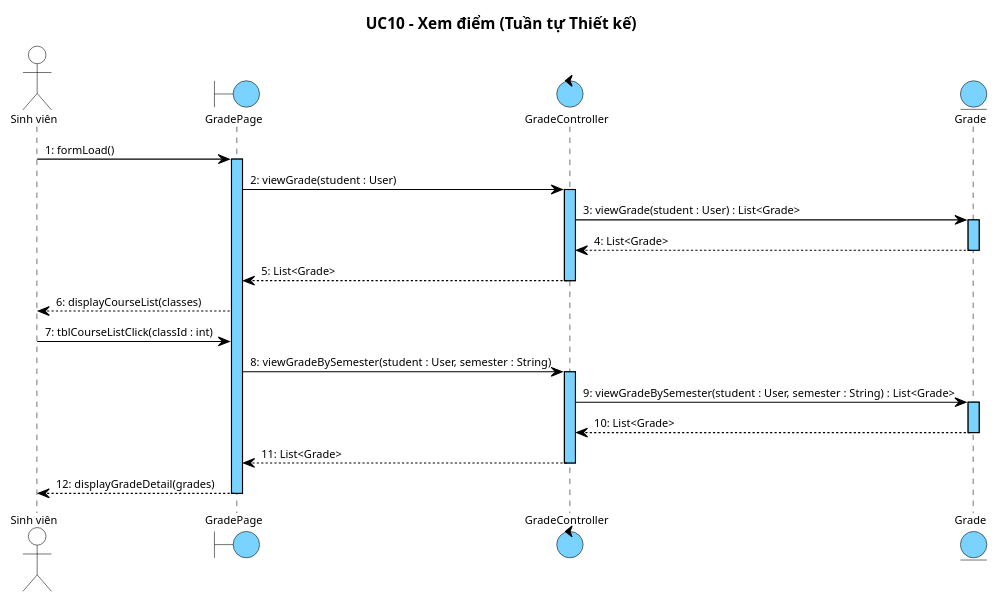
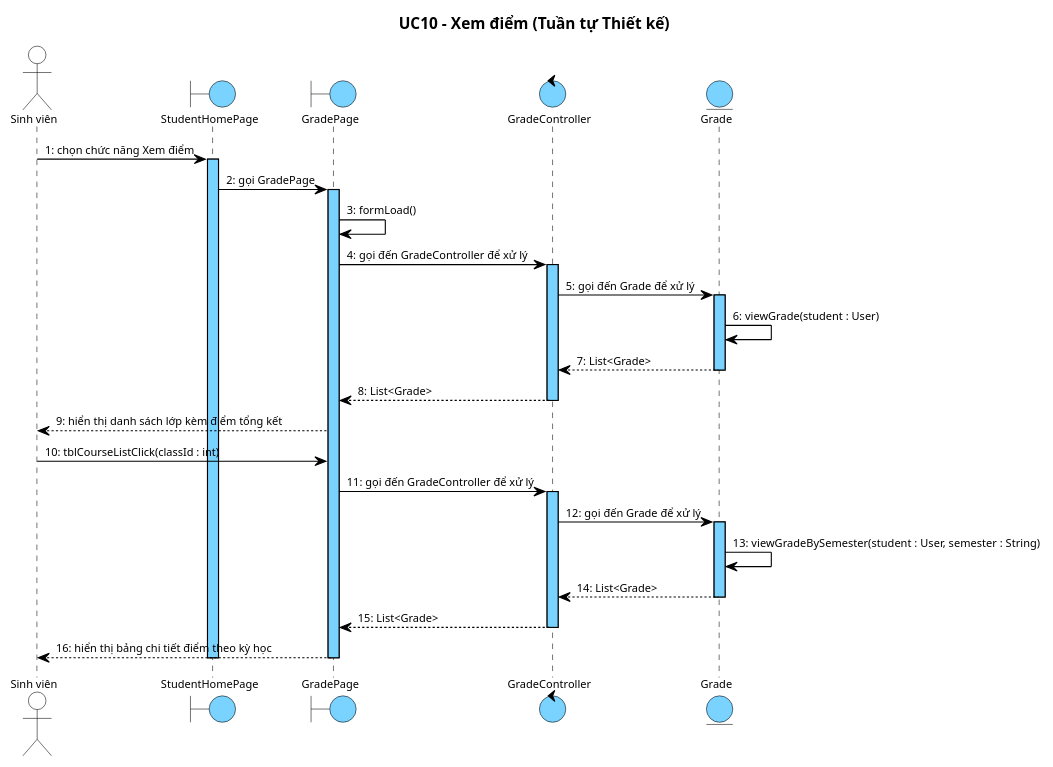
One commit to thanhtrnnn/universe changed diagram 19 of 20 in report/md/module3_attendance_grades.md. Above: the diagram before and after it, drawn with PlantUML. The commit also changed other lines of this file and 1 other file, not shown here.

First line of the commit message:
docs: rewrite II.4 & III.4 sequence diagrams to reference narrative format

````diff
--- a/report/md/module3_attendance_grades.md
+++ b/report/md/module3_attendance_grades.md
@@ -1427,52 +1532,59 @@
 ```plantuml
 @startuml
 skinparam shadowing false
 skinparam SequenceMessageAlign left
 skinparam SequenceLifeLineBackgroundColor #7AD2FF
 skinparam SequenceLifeLineBorderColor #000000
 <style>
 sequenceDiagram {
   Shadowing 0
   RoundCorner 0
   FontName "Arial"
   FontSize 10
   FontColor #000000
   boundary { BackgroundColor #7AD2FF; LineColor #000000 }
   control { BackgroundColor #7AD2FF; LineColor #000000 }
   entity { BackgroundColor #7AD2FF; LineColor #000000 }
   actor { BackgroundColor transparent; LineColor #000000 }
   lifeline { LineColor #000000; LineStyle 5-5 }
   arrow { LineColor #000000; LineThickness 1; FontSize 10 }
 }
 </style>
 title UC10 – Xem điểm (Tuần tự Thiết kế)
 
 actor "Sinh viên" as SV
+boundary StudentHomePage
 boundary GradePage
 control GradeController
 entity Grade
 
-SV -> GradePage : 1: formLoad()
+SV -> StudentHomePage : 1: chọn chức năng Xem điểm
+activate StudentHomePage
+StudentHomePage -> GradePage : 2: gọi GradePage
 activate GradePage
-GradePage -> GradeController : 2: viewGrade(student : User)
+GradePage -> GradePage : 3: formLoad()
+GradePage -> GradeController : 4: gọi đến GradeController để xử lý
 activate GradeController
-GradeController -> Grade : 3: viewGrade(student : User) : List<Grade>
+GradeController -> Grade : 5: gọi đến Grade để xử lý
 activate Grade
-Grade --> GradeController : 4: List<Grade>
+Grade -> Grade : 6: viewGrade(student : User)
+Grade --> GradeController : 7: List<Grade>
 deactivate Grade
-GradeController --> GradePage : 5: List<Grade>
+GradeController --> GradePage : 8: List<Grade>
 deactivate GradeController
-GradePage --> SV : 6: displayCourseList(classes)
-SV -> GradePage : 7: tblCourseListClick(classId : int)
-GradePage -> GradeController : 8: viewGradeBySemester(student : User, semester : String)
+GradePage --> SV : 9: hiển thị danh sách lớp kèm điểm tổng kết
+SV -> GradePage : 10: tblCourseListClick(classId : int)
+GradePage -> GradeController : 11: gọi đến GradeController để xử lý
 activate GradeController
-GradeController -> Grade : 9: viewGradeBySemester(student : User, semester : String) : List<Grade>
+GradeController -> Grade : 12: gọi đến Grade để xử lý
 activate Grade
-Grade --> GradeController : 10: List<Grade>
+Grade -> Grade : 13: viewGradeBySemester(student : User, semester : String)
+Grade --> GradeController : 14: List<Grade>
 deactivate Grade
-GradeController --> GradePage : 11: List<Grade>
+GradeController --> GradePage : 15: List<Grade>
 deactivate GradeController
-GradePage --> SV : 12: displayGradeDetail(grades)
+GradePage --> SV : 16: hiển thị bảng chi tiết điểm theo kỳ học
 deactivate GradePage
+deactivate StudentHomePage
 @enduml
 ```
````
